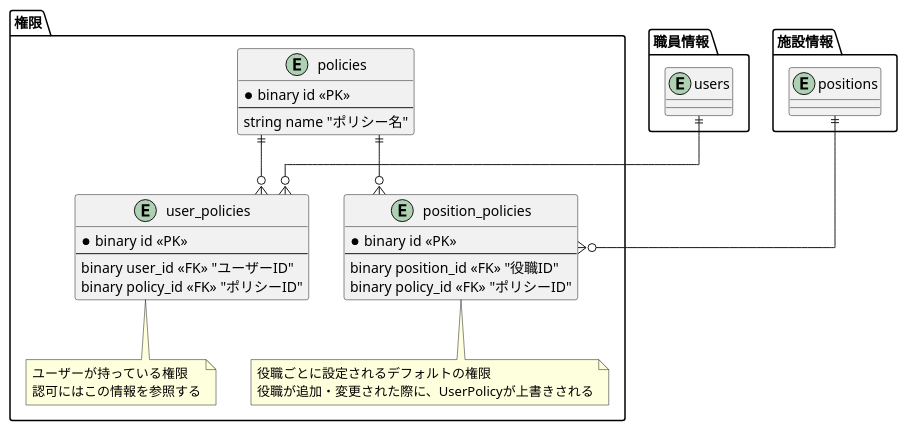
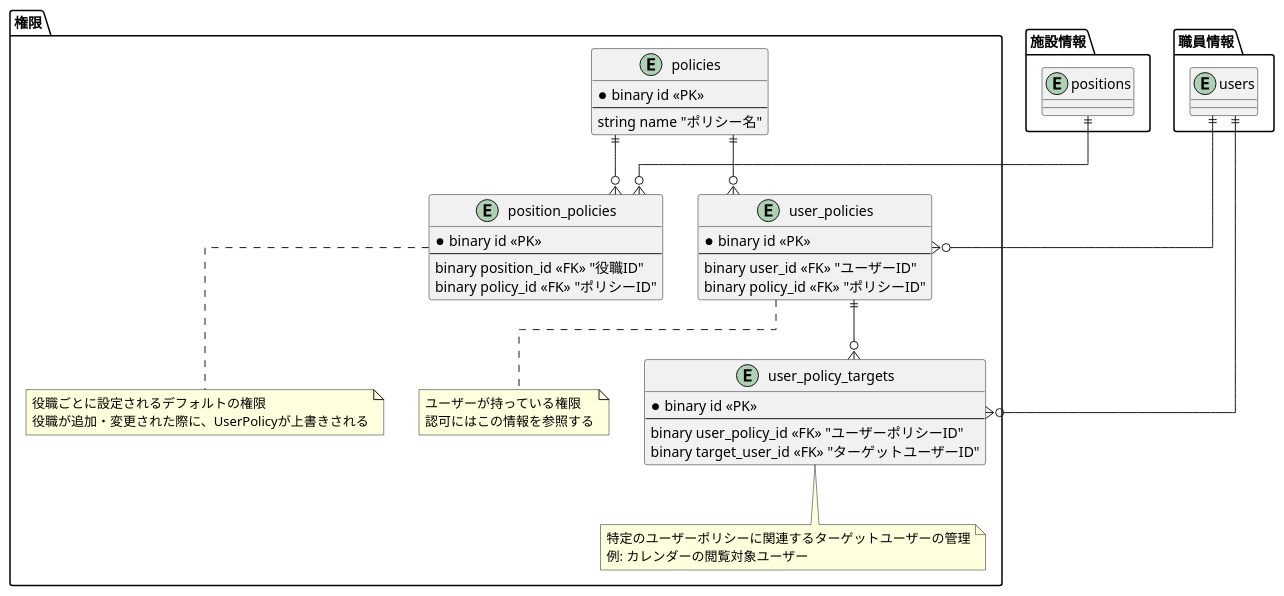
One commit to Fukuemon/buddy_design_docs changed the diagram in src/diagrams/ER/tables/policies.puml. Above: the diagram before and after it, drawn with PlantUML. The commit also changed 1 other file, not shown here.

```diff
--- a/src/diagrams/ER/tables/policies.puml
+++ b/src/diagrams/ER/tables/policies.puml
@@ -1,46 +1,59 @@
 @startuml entity-relationship-diagram
 skinparam linetype ortho
 
 package 権限 {
   entity policies {
     * binary id <<PK>>
     --
     string name "ポリシー名"
   }
 
   entity position_policies {
     * binary id <<PK>>
     --
     binary position_id <<FK>> "役職ID"
     binary policy_id <<FK>> "ポリシーID"
   }
   note bottom of position_policies
     役職ごとに設定されるデフォルトの権限
     役職が追加・変更された際に、UserPolicyが上書きされる
   end note
 
   entity user_policies {
     * binary id <<PK>>
     --
     binary user_id <<FK>> "ユーザーID"
     binary policy_id <<FK>> "ポリシーID"
   }
   note bottom of user_policies
     ユーザーが持っている権限
     認可にはこの情報を参照する
   end note
+
+  entity user_policy_targets {
+    * binary id <<PK>>
+    --
+    binary user_policy_id <<FK>> "ユーザーポリシーID"
+    binary target_user_id <<FK>> "ターゲットユーザーID"
+  }
+  note bottom of user_policy_targets
+    特定のユーザーポリシーに関連するターゲットユーザーの管理
+    例: カレンダーの閲覧対象ユーザー
+  end note
 }
 
 package 職員情報 {
   entity users
 }
 
 package 施設情報 {
   entity positions
 }
 
 policies ||--o{ position_policies
 policies ||--o{ user_policies
 users ||--o{ user_policies
 positions ||--o{ position_policies
+user_policies ||--o{ user_policy_targets
+users ||--o{ user_policy_targets
 @enduml
```
